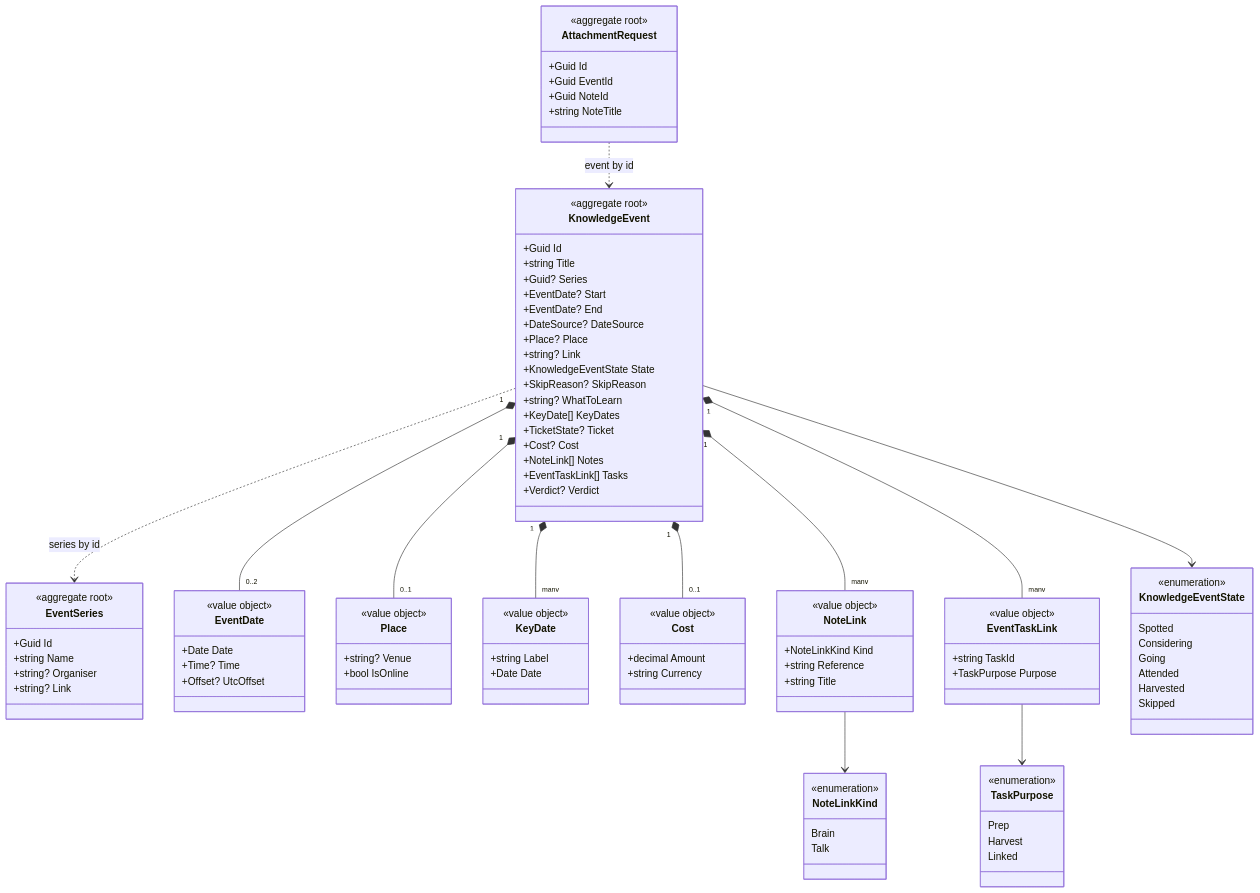
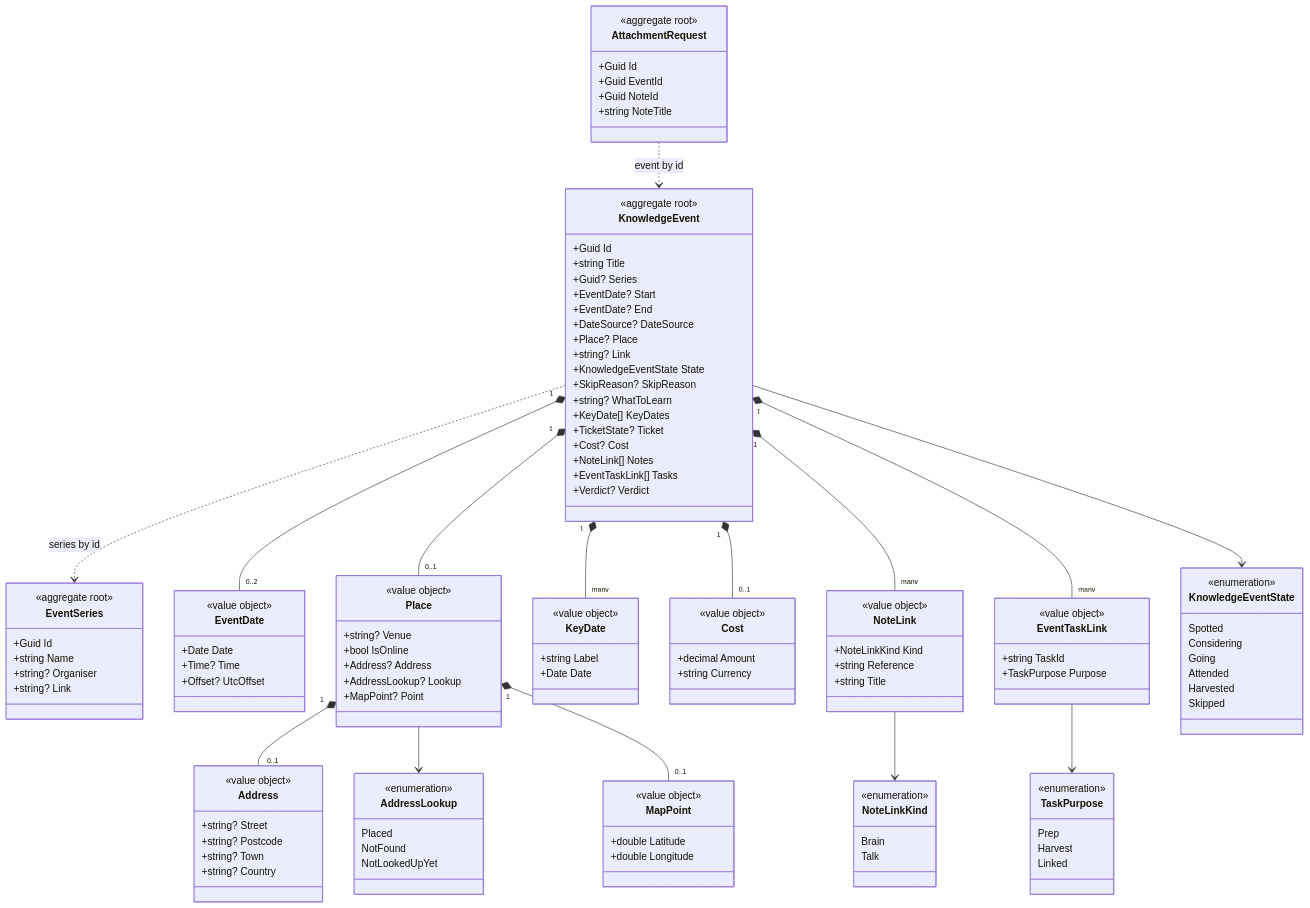
One commit to JSdotNet/Backlog changed the diagram in .devbook/domain/events/model.md. Above: the diagram before and after it, drawn with Mermaid. The commit also changed other lines of this file and 15 other files, not shown here.

First line of the commit message:
docs(devbook): the Events map uses online tiles and geocodes an address on save

```diff
--- a/.devbook/domain/events/model.md
+++ b/.devbook/domain/events/model.md
@@ -61,6 +61,30 @@
         <<value object>>
         +string? Venue
         +bool IsOnline
+        +Address? Address
+        +AddressLookup? Lookup
+        +MapPoint? Point
+    }
+
+    class AddressLookup {
+        <<enumeration>>
+        Placed
+        NotFound
+        NotLookedUpYet
+    }
+
+    class Address {
+        <<value object>>
+        +string? Street
+        +string? Postcode
+        +string? Town
+        +string? Country
+    }
+
+    class MapPoint {
+        <<value object>>
+        +double Latitude
+        +double Longitude
     }
 
     class KeyDate {
@@ -114,6 +138,9 @@
     KnowledgeEvent ..> EventSeries : series by id
     KnowledgeEvent "1" *-- "0..2" EventDate
     KnowledgeEvent "1" *-- "0..1" Place
+    Place "1" *-- "0..1" Address
+    Place --> AddressLookup
+    Place "1" *-- "0..1" MapPoint
     KnowledgeEvent "1" *-- "many" KeyDate
     KnowledgeEvent "1" *-- "0..1" Cost
     KnowledgeEvent "1" *-- "many" NoteLink
```
